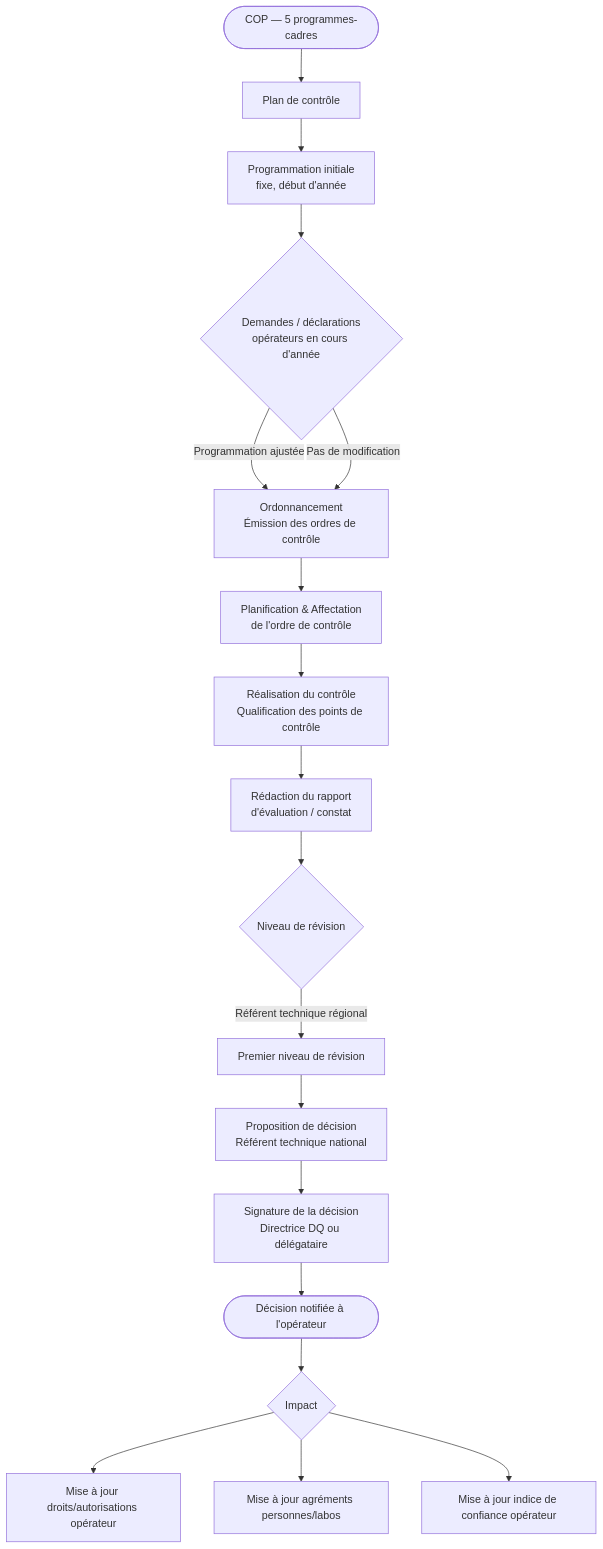
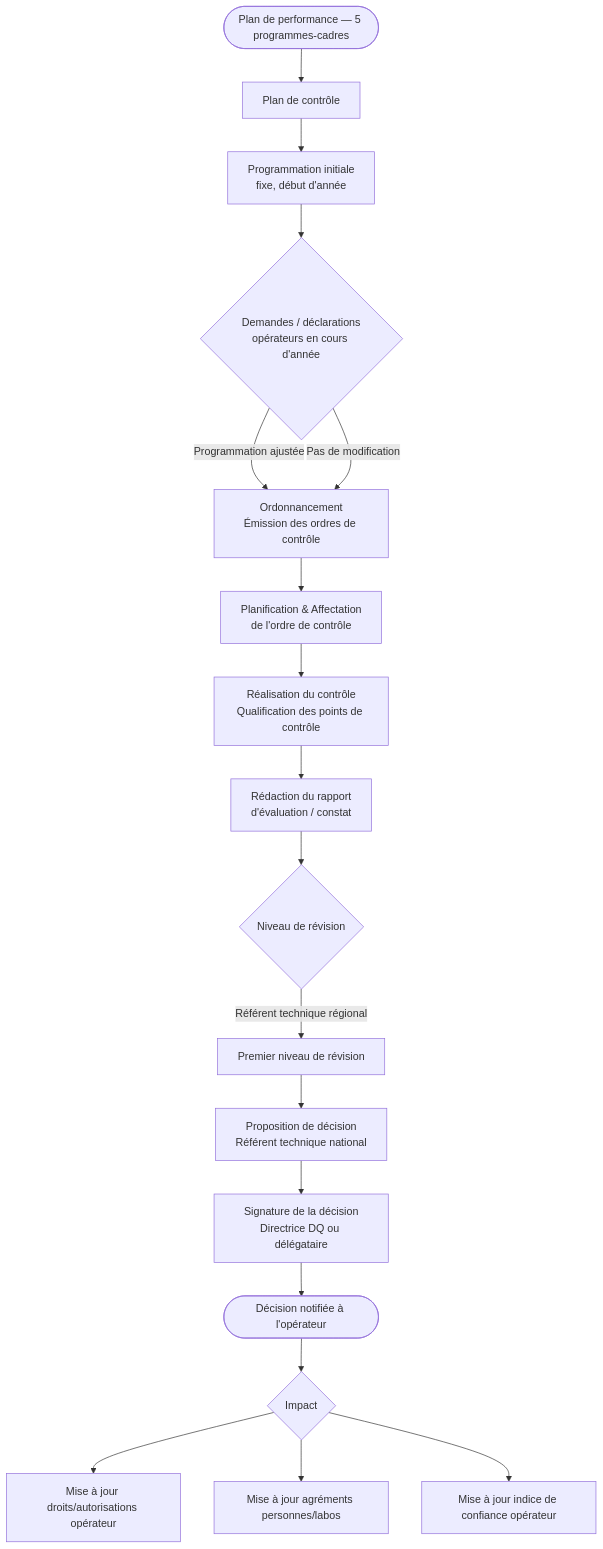
The diagram in docs/specs/processus/cycle-controle.md (bgaland24/conceptionia), drawn with Mermaid before and after one commit. The commit also changed other lines of this file and 10 other files, not shown here.

````diff
--- a/docs/specs/processus/cycle-controle.md
+++ b/docs/specs/processus/cycle-controle.md
@@ -36,20 +36,20 @@
 ```mermaid
 flowchart TD
-    A([COP — 5 programmes-cadres]) --> B[Plan de contrôle]
+    A([Plan de performance — 5 programmes-cadres]) --> B[Plan de contrôle]
     B --> C[Programmation initiale\nfixe, début d'année]
     C --> D{Demandes / déclarations\nopérateurs en cours d'année}
     D -->|Programmation ajustée| E[Ordonnancement\nÉmission des ordres de contrôle]
     D -->|Pas de modification| E
     E --> F[Planification & Affectation\nde l'ordre de contrôle]
     F --> G[Réalisation du contrôle\nQualification des points de contrôle]
     G --> H[Rédaction du rapport\nd'évaluation / constat]
     H --> I{Niveau de révision}
     I -->|Référent technique régional| J[Premier niveau de révision]
     J --> K[Proposition de décision\nRéférent technique national]
     K --> L[Signature de la décision\nDirectrice DQ ou délégataire]
     L --> M([Décision notifiée à l'opérateur])
     M --> N{Impact}
     N --> O[Mise à jour droits/autorisations opérateur]
     N --> P[Mise à jour agréments personnes/labos]
     N --> Q[Mise à jour indice de confiance opérateur]
 ```
````
